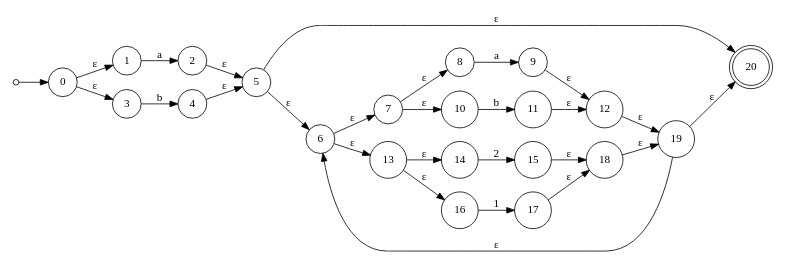
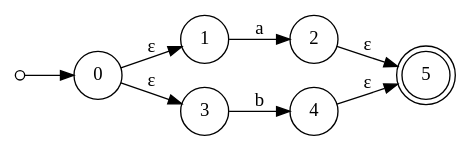
Before and after one commit to EstebanAG1005/LaboratorioC-Lenguajes: the diagram in nfa1.gv, drawn with Graphviz. The commit also changed 12 other files, not shown here.

```diff
--- a/nfa1.gv
+++ b/nfa1.gv
@@ -1,34 +1,14 @@
 digraph {
 	rankdir=LR size="8,5"
 	node [shape=doublecircle]
-	20
+	5
 	node [shape=circle]
 	start [label="" height=0.1 width=0.1]
 	start -> 0 [label=""]
 	0 -> 1 [label="ε"]
 	0 -> 3 [label="ε"]
 	1 -> 2 [label=a]
 	3 -> 4 [label=b]
 	2 -> 5 [label="ε"]
 	4 -> 5 [label="ε"]
-	5 -> 6 [label="ε"]
-	5 -> 20 [label="ε"]
-	6 -> 7 [label="ε"]
-	6 -> 13 [label="ε"]
-	7 -> 8 [label="ε"]
-	7 -> 10 [label="ε"]
-	8 -> 9 [label=a]
-	10 -> 11 [label=b]
-	9 -> 12 [label="ε"]
-	11 -> 12 [label="ε"]
-	13 -> 14 [label="ε"]
-	13 -> 16 [label="ε"]
-	14 -> 15 [label=2]
-	16 -> 17 [label=1]
-	15 -> 18 [label="ε"]
-	17 -> 18 [label="ε"]
-	12 -> 19 [label="ε"]
-	18 -> 19 [label="ε"]
-	19 -> 6 [label="ε"]
-	19 -> 20 [label="ε"]
 }
```
